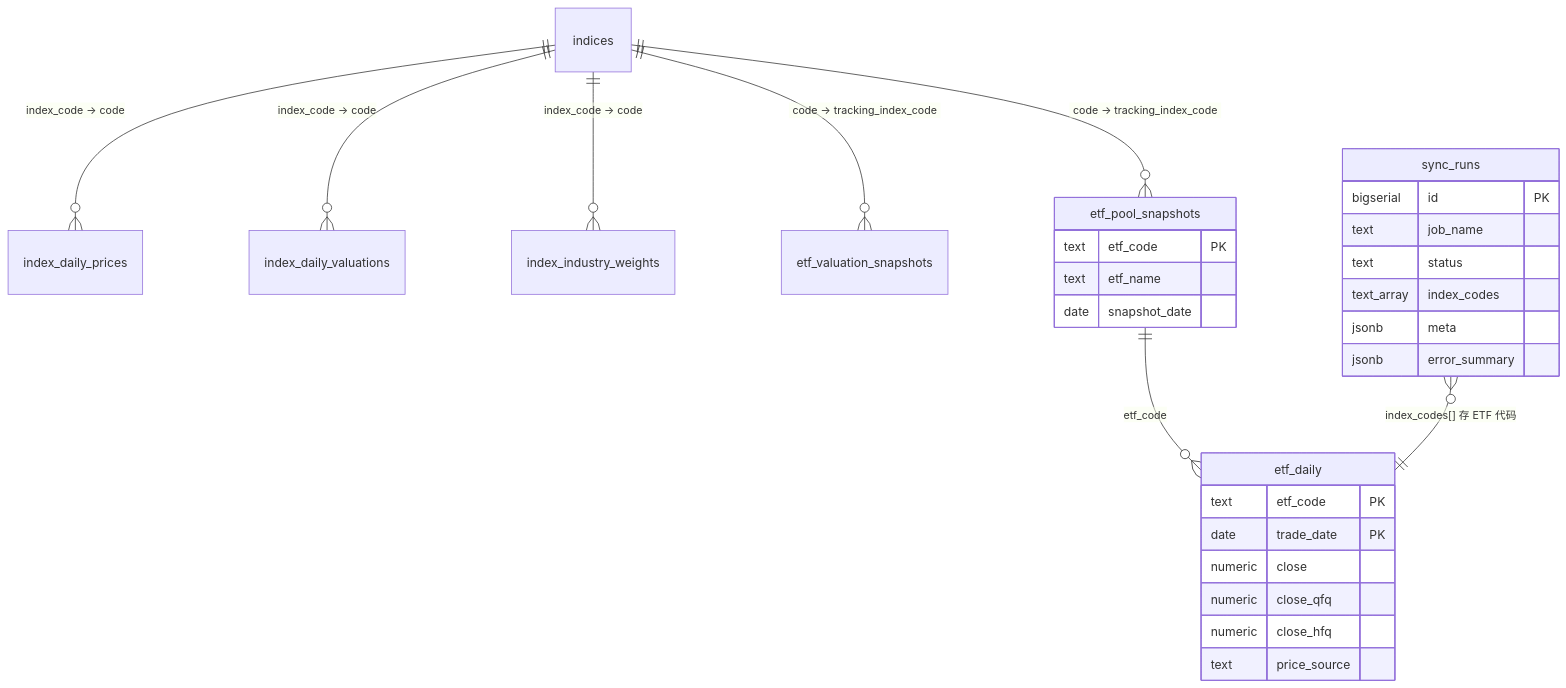
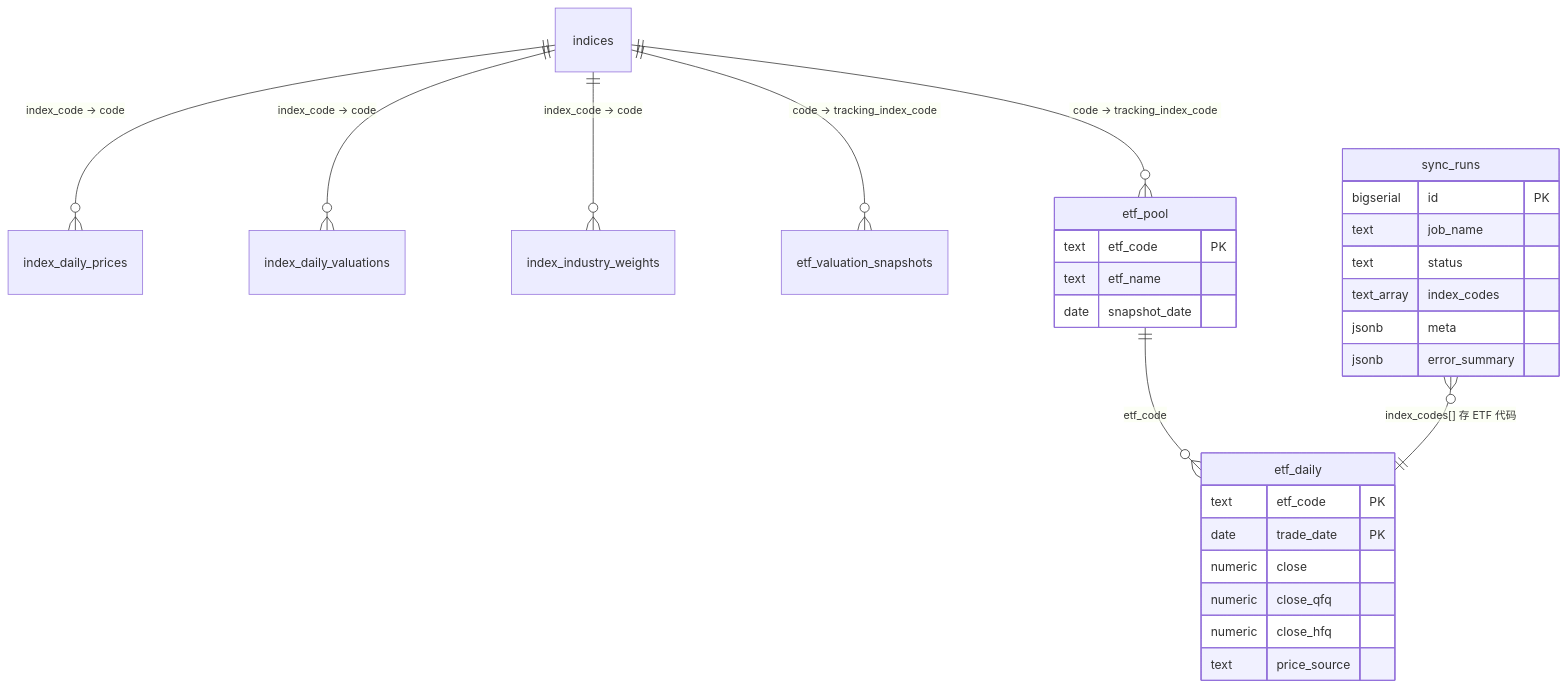
The diagram in doc/supabase-schema.md (AbnerSunLabs/scheduled-tasks), drawn with Mermaid before and after one commit. The commit also changed other lines of this file and 6 other files, not shown here.

First line of the commit message:
feat(db): 纳入 etf_pool rename migration 部署顺序

````diff
--- a/doc/supabase-schema.md
+++ b/doc/supabase-schema.md
@@ -44,34 +44,34 @@
 ```mermaid
 erDiagram
     indices ||--o{ index_daily_prices : "index_code → code"
     indices ||--o{ index_daily_valuations : "index_code → code"
     indices ||--o{ index_industry_weights : "index_code → code"
     indices ||--o{ etf_valuation_snapshots : "code → tracking_index_code"
-    indices ||--o{ etf_pool_snapshots : "code → tracking_index_code"
-    etf_pool_snapshots ||--o{ etf_daily : "etf_code"
+    indices ||--o{ etf_pool : "code → tracking_index_code"
+    etf_pool ||--o{ etf_daily : "etf_code"
     sync_runs }o--|| etf_daily : "index_codes[] 存 ETF 代码"
 
     sync_runs {
         bigserial id PK
         text job_name
         text status
         text_array index_codes
         jsonb meta
         jsonb error_summary
     }
 
-    etf_pool_snapshots {
+    etf_pool {
         text etf_code PK
         text etf_name
         date snapshot_date
     }
 
     etf_daily {
         text etf_code PK
         date trade_date PK
         numeric close
         numeric close_qfq
         numeric close_hfq
         text price_source
     }
 ```
````
